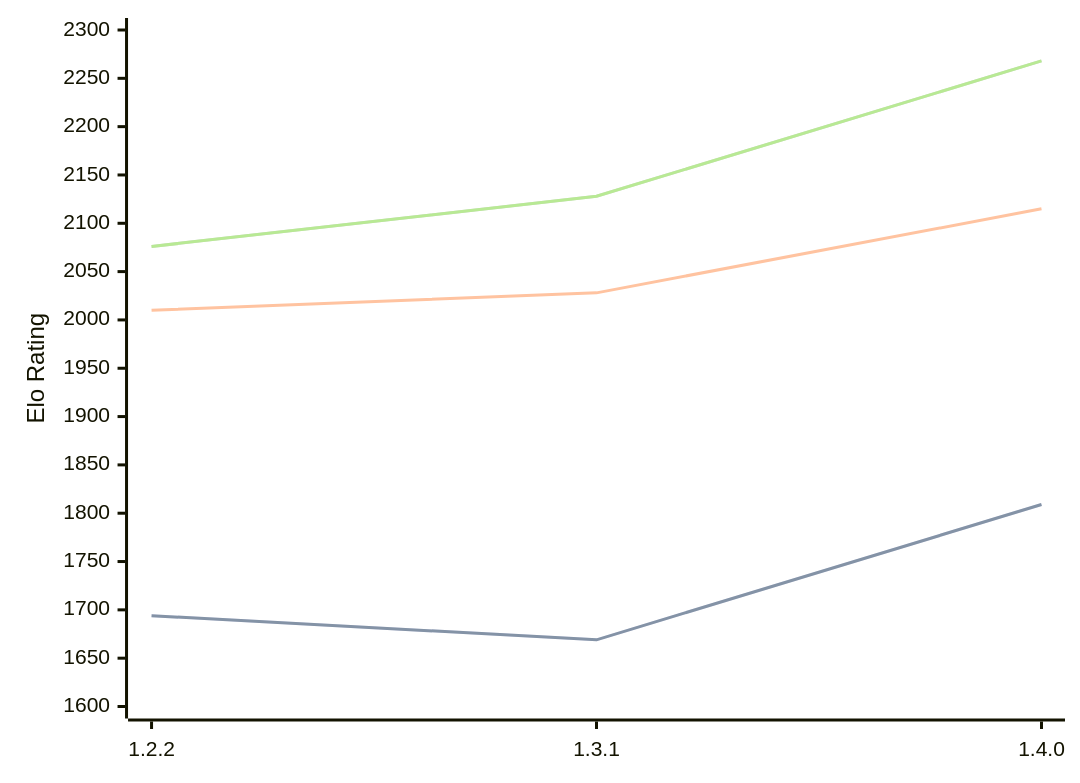
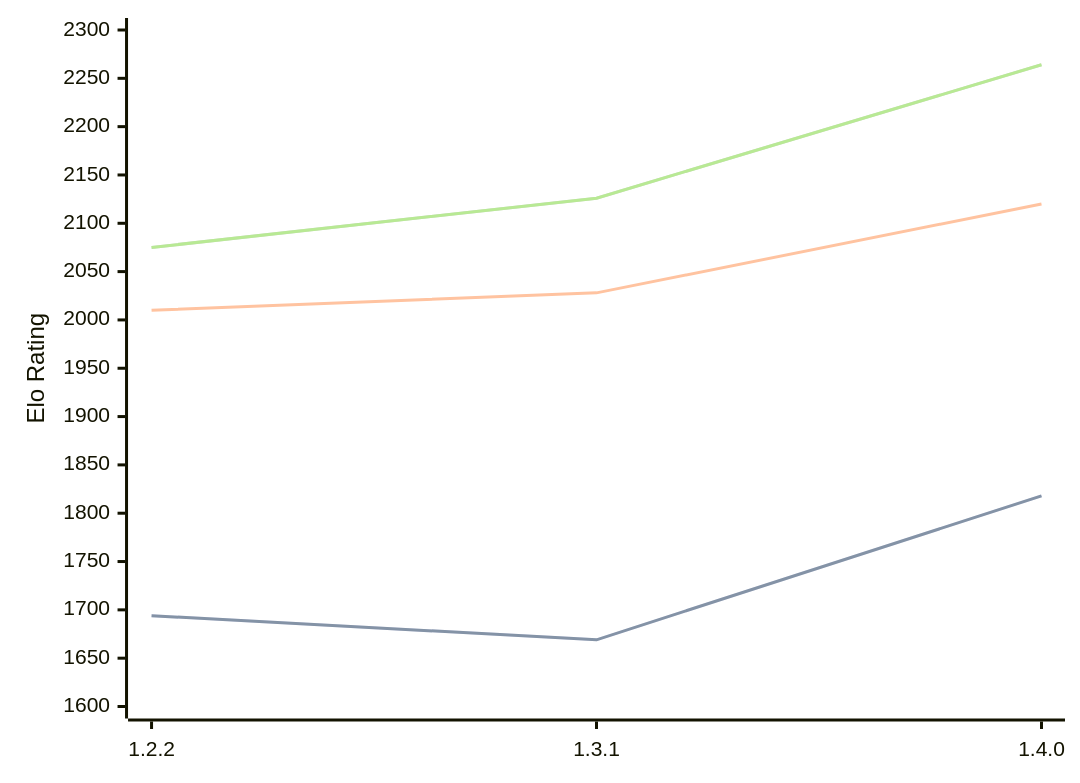
Before and after one commit to computer-chess-index/cci: the diagram in engines/SoloEngine.md, drawn with Mermaid. The commit also changed other lines of this file, not shown here.

Commit message:
Update CCI Ratings (ELO VLTC) - 2026-02-27

````diff
--- a/engines/SoloEngine.md
+++ b/engines/SoloEngine.md
@@ -31,11 +31,11 @@
 ```mermaid
 %%{init: {"theme":"base","themeVariables":{"seriesColors:['#a3a3a3','#222221','#faa371']}}}%%
 xychart-beta
   x-axis ["1.2.2", "1.3.1", "1.4.0"]
   y-axis "Elo Rating" 1600 --> 2300
-  line "STC (8.0+0.08s)" [1694, 1669, 1809]
-  line "STC (8.0+0.08s)" [1694, 1669, 1809]
-  line "LTC (60.0+0.60s)" [2010, 2028, 2115]
-  line "VLTC (2m24s+1.12s)" [2076, 2128, 2268]
-  line "VLTC (2m24s+1.12s)" [2076, 2128, 2268]
+  line "STC (8.0+0.08s)" [1694, 1669, 1818]
+  line "STC (8.0+0.08s)" [1694, 1669, 1818]
+  line "LTC (60.0+0.60s)" [2010, 2028, 2120]
+  line "VLTC (2m24s+1.12s)" [2075, 2126, 2264]
+  line "VLTC (2m24s+1.12s)" [2075, 2126, 2264]
 ```
````
